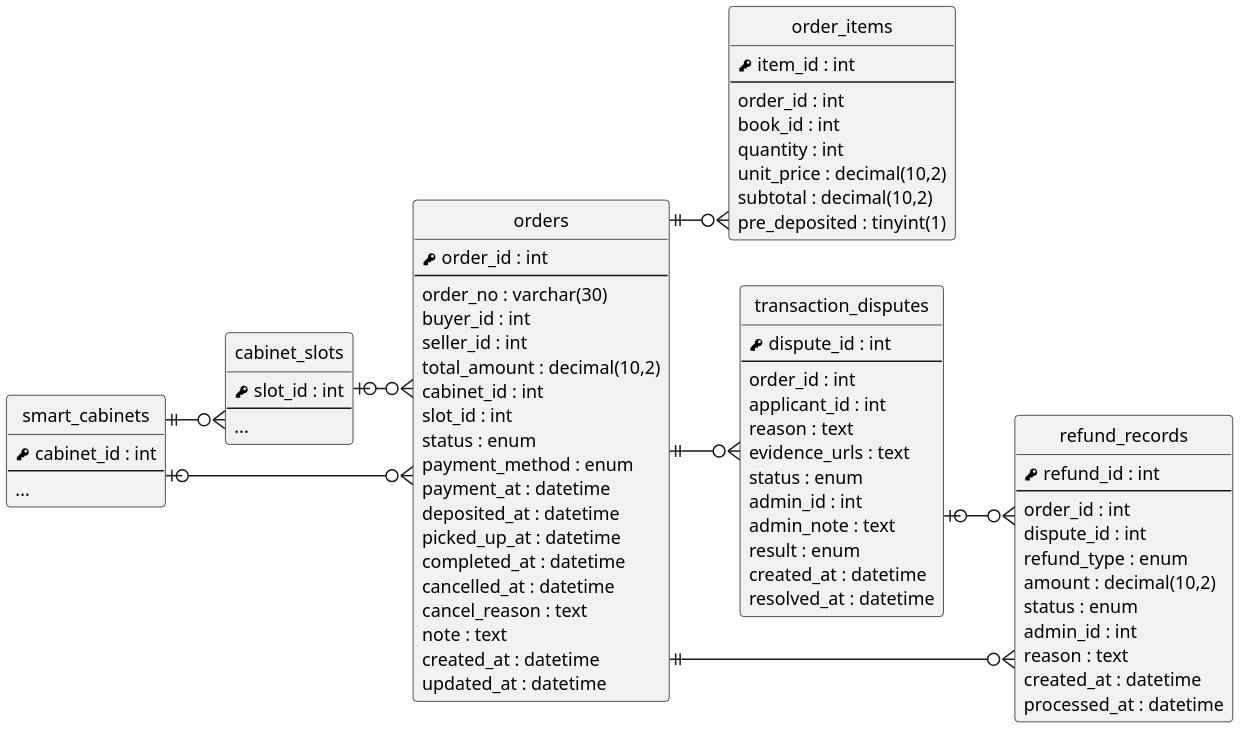
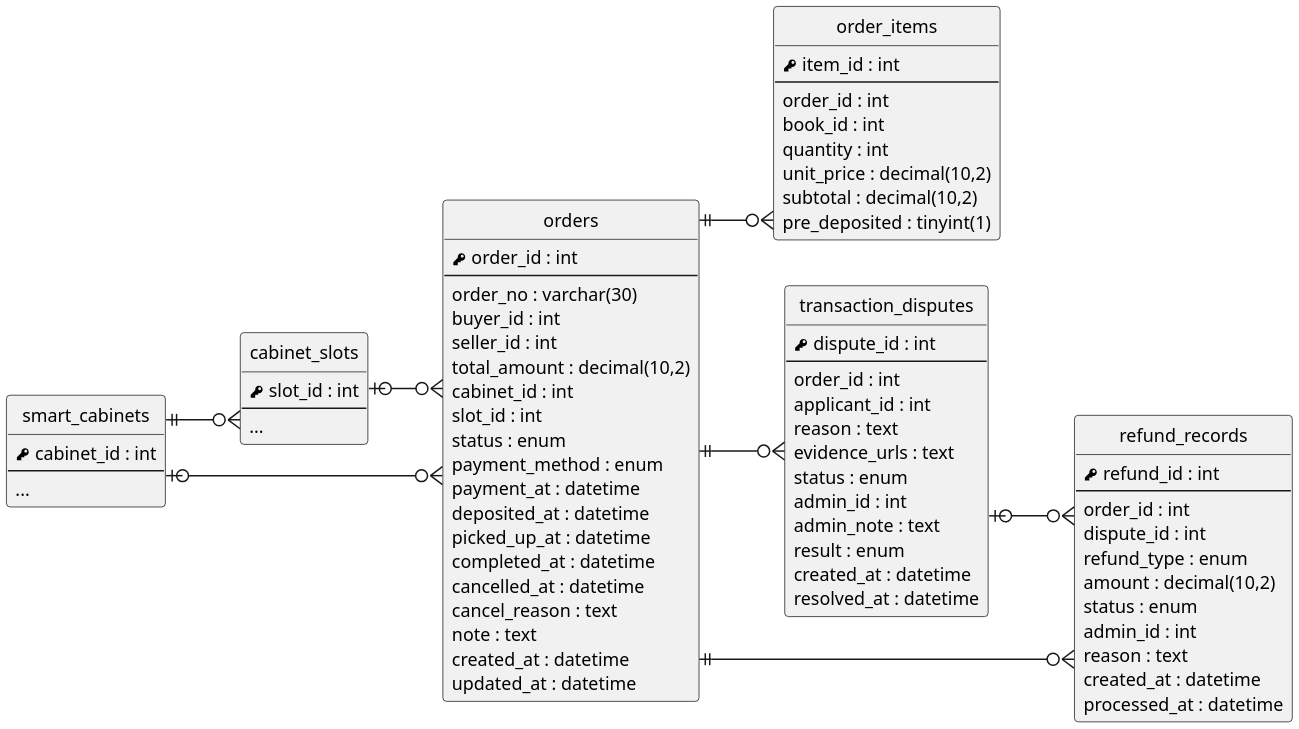
Before and after one commit to SaveMyBook/SaveMyBook: the diagram in Diagrams/Relational Tables/v3/er_orders.puml, drawn with PlantUML. The commit also changed 53 other files, not shown here.

```diff
--- a/Diagrams/Relational Tables/v3/er_orders.puml
+++ b/Diagrams/Relational Tables/v3/er_orders.puml
@@ -1,89 +1,90 @@
 @startuml
+' 以 render_er.py 產生 PNG：直接用 PlantUML 輸出時，正交走線在轉角會多出殘段、線端符號會擠在轉角上
 skinparam monochrome true
 skinparam shadowing false
 skinparam dpi 220
 skinparam defaultFontName "PingFang TC"
 skinparam defaultFontSize 12
 skinparam linetype ortho
 skinparam nodesep 30
-skinparam ranksep 40
+skinparam ranksep 50
 hide circle
 hide empty methods
 left to right direction
 
 entity "smart_cabinets" as smart_cabinets {
   {field} <&key> cabinet_id : int
   --
   ...
 }
 entity "cabinet_slots" as cabinet_slots {
   {field} <&key> slot_id : int
   --
   ...
 }
 entity "orders" as orders {
   {field} <&key> order_id : int
   --
   {field} order_no : varchar(30)
   {field} buyer_id : int
   {field} seller_id : int
   {field} total_amount : decimal(10,2)
   {field} cabinet_id : int
   {field} slot_id : int
   {field} status : enum
   {field} payment_method : enum
   {field} payment_at : datetime
   {field} deposited_at : datetime
   {field} picked_up_at : datetime
   {field} completed_at : datetime
   {field} cancelled_at : datetime
   {field} cancel_reason : text
   {field} note : text
   {field} created_at : datetime
   {field} updated_at : datetime
 }
 entity "order_items" as order_items {
   {field} <&key> item_id : int
   --
   {field} order_id : int
   {field} book_id : int
   {field} quantity : int
   {field} unit_price : decimal(10,2)
   {field} subtotal : decimal(10,2)
   {field} pre_deposited : tinyint(1)
 }
 entity "transaction_disputes" as transaction_disputes {
   {field} <&key> dispute_id : int
   --
   {field} order_id : int
   {field} applicant_id : int
   {field} reason : text
   {field} evidence_urls : text
   {field} status : enum
   {field} admin_id : int
   {field} admin_note : text
   {field} result : enum
   {field} created_at : datetime
   {field} resolved_at : datetime
 }
 entity "refund_records" as refund_records {
   {field} <&key> refund_id : int
   --
   {field} order_id : int
   {field} dispute_id : int
   {field} refund_type : enum
   {field} amount : decimal(10,2)
   {field} status : enum
   {field} admin_id : int
   {field} reason : text
   {field} created_at : datetime
   {field} processed_at : datetime
 }
 smart_cabinets ||--o{ cabinet_slots
 smart_cabinets |o--o{ orders
 cabinet_slots |o--o{ orders
 orders ||--o{ order_items
 orders ||--o{ transaction_disputes
 transaction_disputes |o--o{ refund_records
 orders ||--o{ refund_records
 @enduml
```
